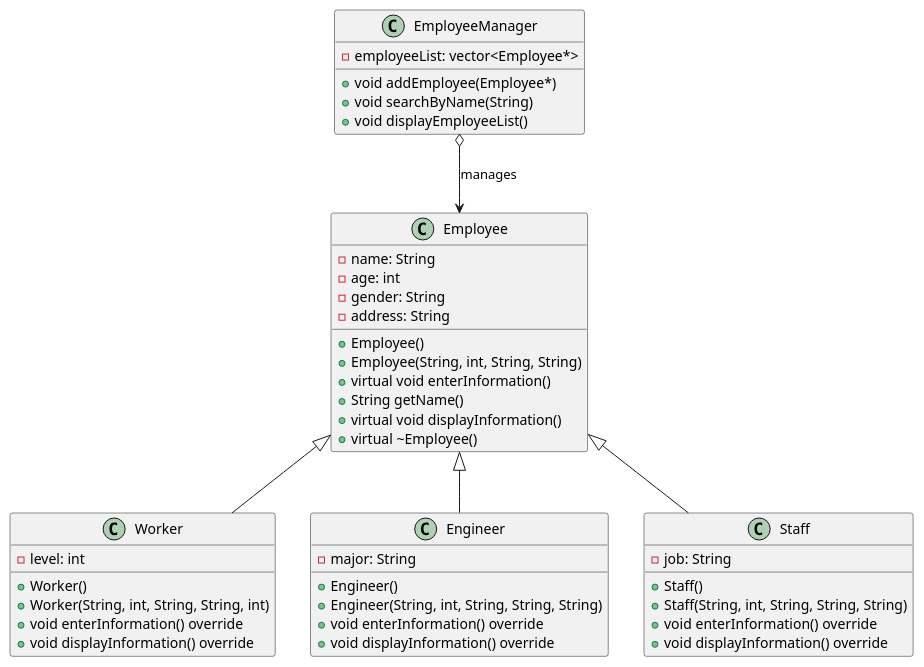
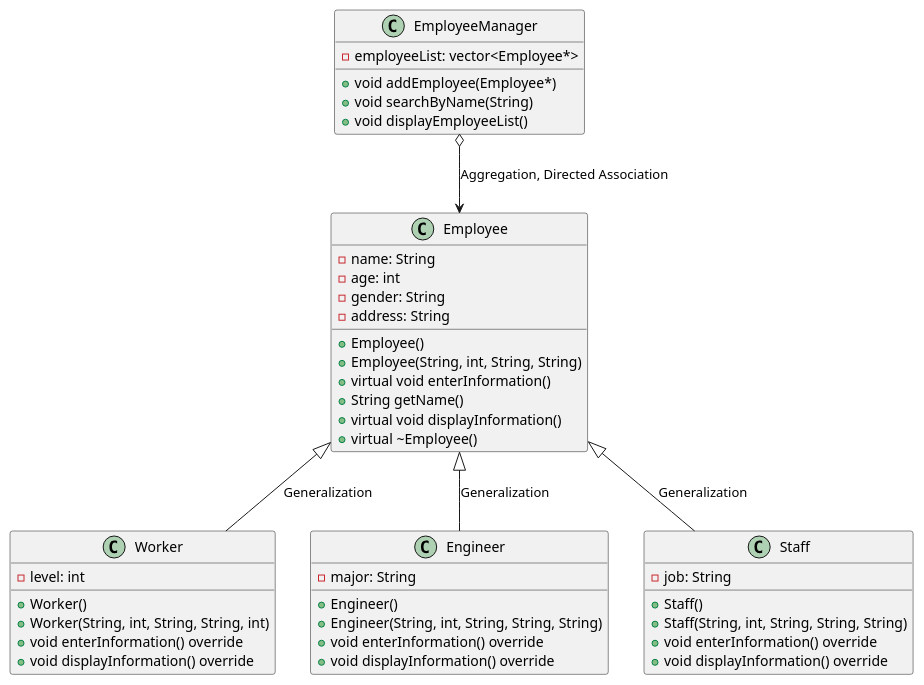
The diagram in .Assigment/OOP/ex1/diagram/diagram.wsd (baobluebird/Basic-C-Cplusplus), drawn with PlantUML before and after one commit. The commit also changed 125 other files, not shown here.

```diff
--- a/.Assigment/OOP/ex1/diagram/diagram.wsd
+++ b/.Assigment/OOP/ex1/diagram/diagram.wsd
@@ -1,52 +1,52 @@
 @startuml
 
 class Employee {
   - name: String
   - age: int
   - gender: String
   - address: String
   + Employee()
   + Employee(String, int, String, String)
   + virtual void enterInformation()
   + String getName()
   + virtual void displayInformation()
   + virtual ~Employee()
 }
 
 class Worker {
   - level: int
   + Worker()
   + Worker(String, int, String, String, int)
   + void enterInformation() override
   + void displayInformation() override
 }
 
 class Engineer {
   - major: String
   + Engineer()
   + Engineer(String, int, String, String, String)
   + void enterInformation() override
   + void displayInformation() override
 }
 
 class Staff {
   - job: String
   + Staff()
   + Staff(String, int, String, String, String)
   + void enterInformation() override
   + void displayInformation() override
 }
 
 class EmployeeManager {
   - employeeList: vector<Employee*>
   + void addEmployee(Employee*)
   + void searchByName(String)
   + void displayEmployeeList()
 }
 
-Employee <|-- Worker
-Employee <|-- Engineer
-Employee <|-- Staff
-EmployeeManager o--> Employee : manages
+Employee <|-- Worker : Generalization 
+Employee <|-- Engineer : Generalization 
+Employee <|-- Staff : Generalization 
+EmployeeManager o--> Employee : Aggregation, Directed Association
 
 @enduml
```
